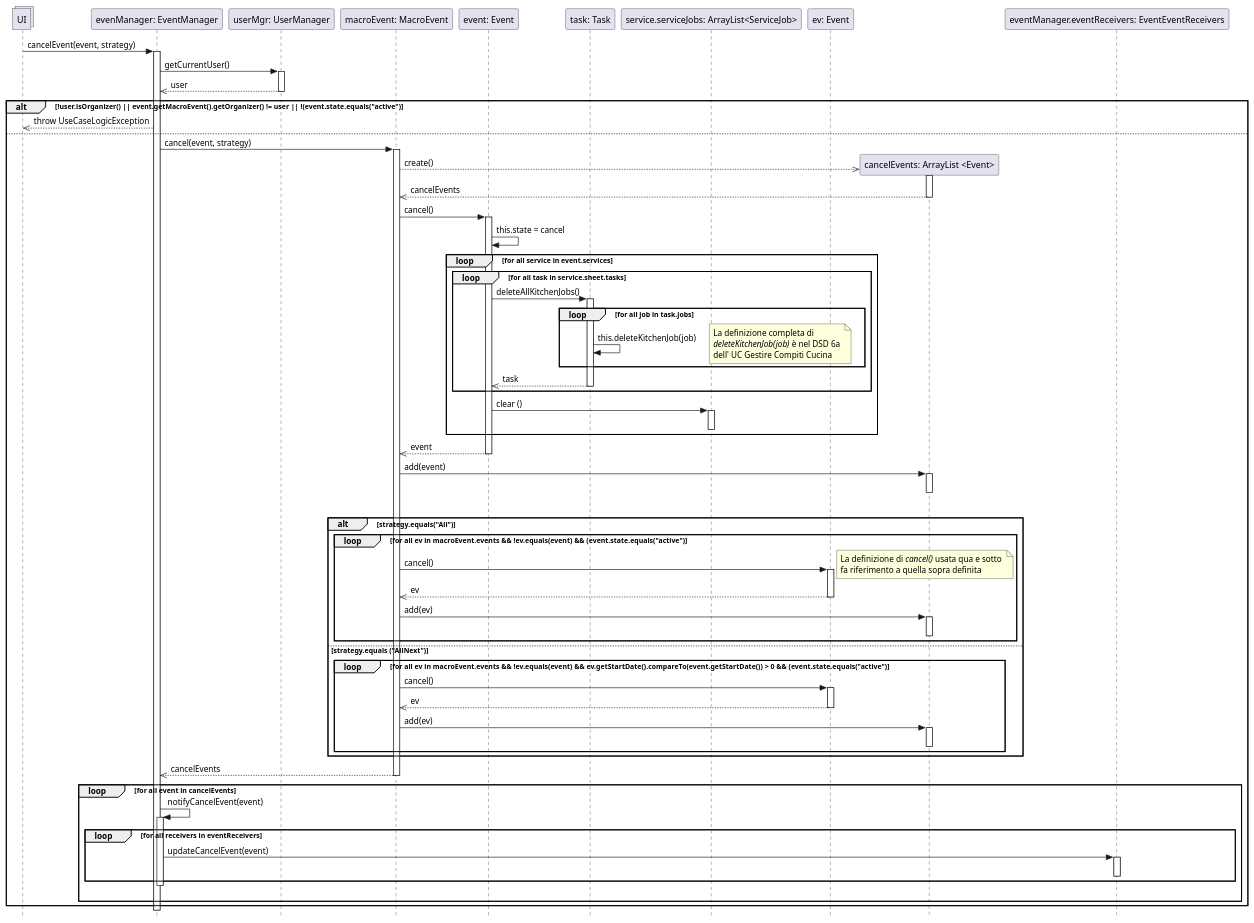
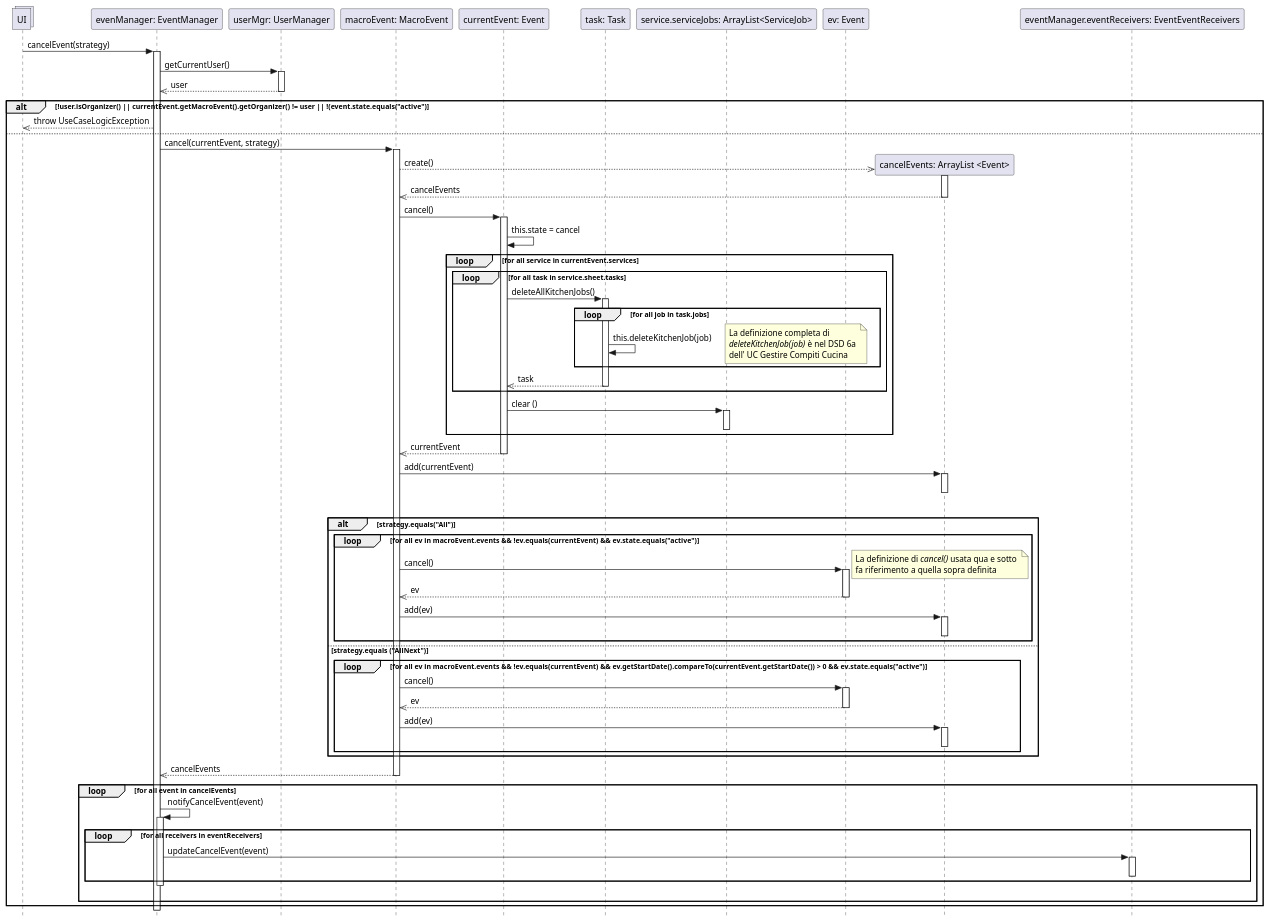
One commit to stefa168/sas-project changed the diagram in UP/Progettazione/UC Gestire Eventi/DSD/DSD Operazione 1a.2.puml. Above: the diagram before and after it, drawn with PlantUML. The commit also changed 2 other files, not shown here.

```diff
--- a/UP/Progettazione/UC Gestire Eventi/DSD/DSD Operazione 1a.2.puml
+++ b/UP/Progettazione/UC Gestire Eventi/DSD/DSD Operazione 1a.2.puml
@@ -1,98 +1,98 @@
 @startuml
 skinparam Style strictuml
 
 collections UI
 participant "evenManager: EventManager" as em
 participant "userMgr: UserManager" as um
 participant "macroEvent: MacroEvent" as maev
-participant "event: Event" as event
+participant "currentEvent: Event" as event
 participant "task: Task" as task
 participant "service.serviceJobs: ArrayList<ServiceJob>" as sj
 participant "ev: Event" as ev
 participant "cancelEvents: ArrayList <Event>" as evcanc
 participant "eventManager.eventReceivers: EventEventReceivers" as eer
 
-UI -> em: cancelEvent(event, strategy)
+UI -> em: cancelEvent(strategy)
 activate em
     em -> um: getCurrentUser()
     activate um
         em <<-- um: user
     deactivate um
 
-    alt !user.isOrganizer() || event.getMacroEvent().getOrganizer() != user || !(event.state.equals("active")
+    alt !user.isOrganizer() || currentEvent.getMacroEvent().getOrganizer() != user || !(event.state.equals("active")
         UI <<-- em: throw UseCaseLogicException
     else
 
-        em -> maev: cancel(event, strategy)
+        em -> maev: cancel(currentEvent, strategy)
         activate maev
             maev -->> evcanc**: create()
             activate evcanc
             maev <<-- evcanc: cancelEvents
             deactivate evcanc
 
             maev -> event: cancel()
             activate event
             event -> event: this.state = cancel
 
-            loop for all service in event.services
+            loop for all service in currentEvent.services
                 loop for all task in service.sheet.tasks
                     event -> task: deleteAllKitchenJobs()
                     activate task
                     loop for all job in task.jobs
                         task -> task: this.deleteKitchenJob(job)
                         note right: La definizione completa di\n//deleteKitchenJob(job)// è nel DSD 6a \ndell' UC Gestire Compiti Cucina
                     end
                     event <<-- task: task
                     deactivate task
 
                 end
 
                 event -> sj: clear ()
                 activate sj
                 deactivate sj
             end
-            maev <<-- event: event
+            maev <<-- event: currentEvent
             deactivate event
-            maev -> evcanc: add(event)
+            maev -> evcanc: add(currentEvent)
             activate evcanc
             deactivate evcanc
             |||
             alt strategy.equals("All")
-                loop for all ev in macroEvent.events && !ev.equals(event) && (event.state.equals("active")
+                loop for all ev in macroEvent.events && !ev.equals(currentEvent) && ev.state.equals("active")
                     maev -> ev: cancel()
                     note right: La definizione di //cancel()// usata qua e sotto \nfa riferimento a quella sopra definita
                     activate ev
                     maev <<-- ev: ev
                     deactivate ev
                     maev -> evcanc: add(ev)
                     activate evcanc
                     deactivate evcanc
                 end
             else strategy.equals ("AllNext")
-                loop for all ev in macroEvent.events && !ev.equals(event) && ev.getStartDate().compareTo(event.getStartDate()) > 0 && (event.state.equals("active")
+                loop for all ev in macroEvent.events && !ev.equals(currentEvent) && ev.getStartDate().compareTo(currentEvent.getStartDate()) > 0 && ev.state.equals("active")
                     maev -> ev: cancel()
                     activate ev
                     maev <<-- ev: ev
                     deactivate ev
                     maev -> evcanc: add(ev)
                     activate evcanc
                     deactivate evcanc
                 end
             end
         em <<-- maev: cancelEvents
         deactivate maev
         loop for all event in cancelEvents
             em -> em: notifyCancelEvent(event)
             activate em
             loop for all receivers in eventReceivers
                 em -> eer: updateCancelEvent(event)
                 activate eer
                 deactivate eer
             end
             deactivate em
         |||
         end
 
     end
 deactivate em
 @enduml
```
